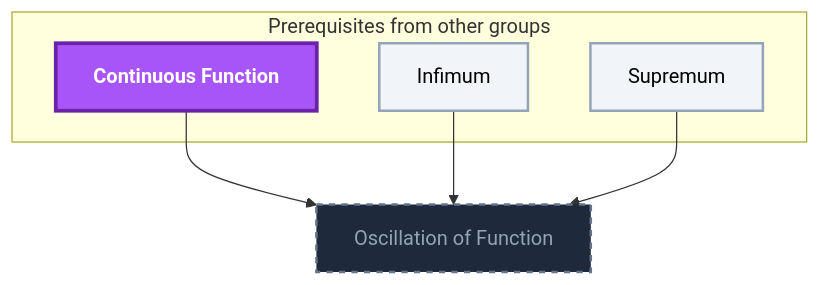
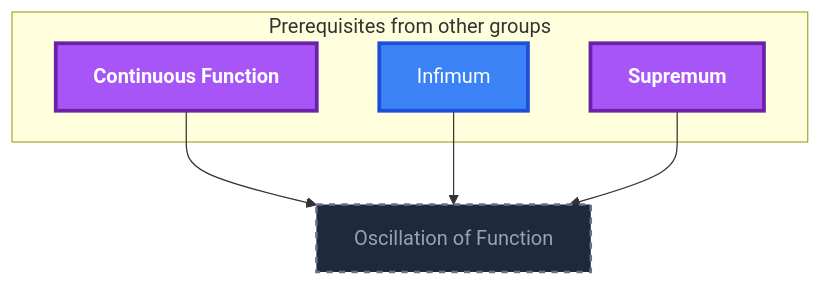
Diagram 18 of 22 in Gamification/Skill Trees/Real Analysis.md (MRauf1/My-Notes), drawn with Mermaid before and after one commit. The commit also changed other lines of this file and 145 other files, not shown here.

````diff
--- a/Gamification/Skill Trees/Real Analysis.md
+++ b/Gamification/Skill Trees/Real Analysis.md
@@ -1377,25 +1417,25 @@
 ```mermaid
 flowchart TD
     classDef planned fill:#1E293B,stroke:#64748B,stroke-width:2px,stroke-dasharray:5 5,color:#94A3B8;
     classDef locked fill:#334155,stroke:#475569,stroke-width:2px,color:#94A3B8;
     classDef L0 fill:#F1F5F9,stroke:#94A3B8,stroke-width:2px,color:#000000;
     classDef L1 fill:#22C55E,stroke:#15803D,stroke-width:2px,color:#000000;
     classDef L2 fill:#3B82F6,stroke:#1D4ED8,stroke-width:3px,color:#FFFFFF;
     classDef L3 fill:#A855F7,stroke:#6B21A8,stroke-width:3px,color:#FFFFFF,font-weight:bold;
     classDef L4 fill:#F97316,stroke:#C2410C,stroke-width:4px,color:#000000,font-weight:bold;
     classDef L5 fill:#FFD700,stroke:#FF8C00,stroke-width:5px,color:#000000,font-weight:bold;
     classDef rusty stroke:#8B4513,stroke-width:4px,stroke-dasharray:3 3;
     subgraph sg_prereqs["Prerequisites from other groups"]
         n_continuous_function["Continuous Function"]
         n_infimum["Infimum"]
         n_supremum["Supremum"]
     end
     n_oscillation_of_function["Oscillation of Function"]
     n_continuous_function --> n_oscillation_of_function
     n_infimum --> n_oscillation_of_function
     n_supremum --> n_oscillation_of_function
     class n_oscillation_of_function planned;
-    class n_infimum,n_supremum L0;
-    class n_continuous_function L3;
+    class n_infimum L2;
+    class n_continuous_function,n_supremum L3;
     class n_continuous_function,n_infimum,n_supremum internal-link;
 ```
````
